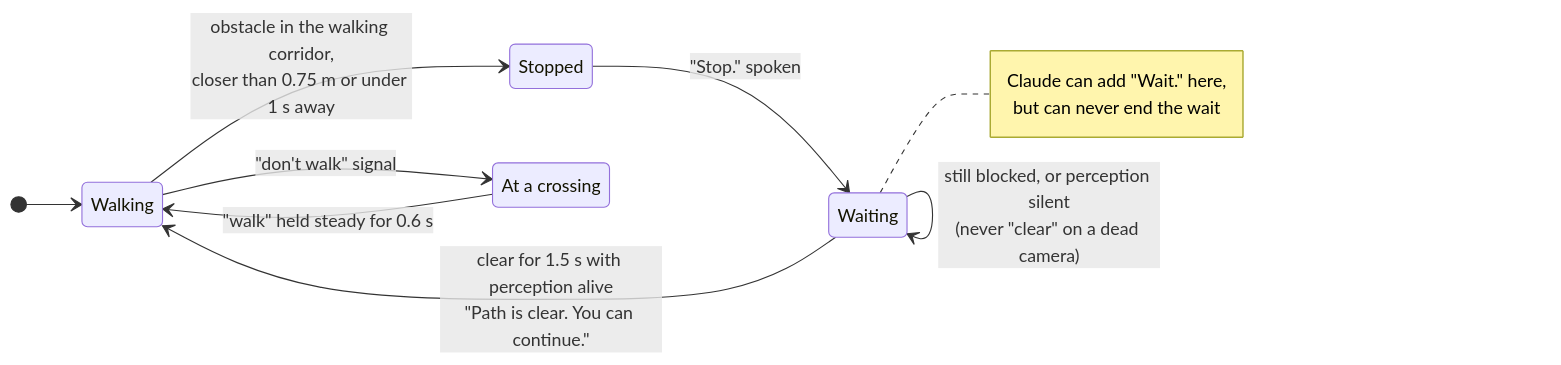
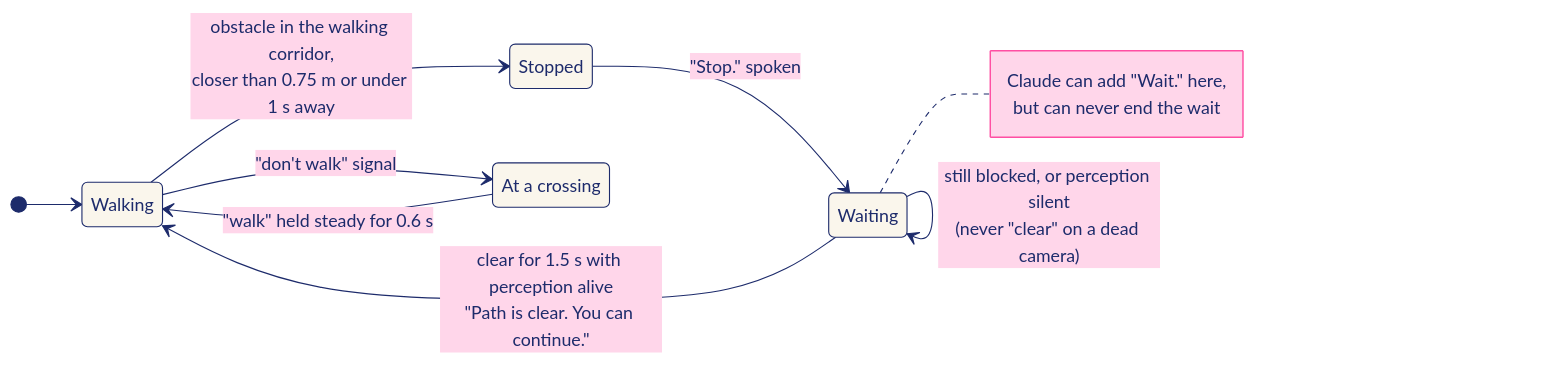
The third of 5 diagrams in README.md (KingArthur207/kite), drawn with Mermaid before and after one commit. The commit also changed other lines of this file and 9 other files, not shown here.

````diff
--- a/README.md
+++ b/README.md
@@ -183,16 +185,17 @@
 ```mermaid
+%%{init: {'theme':'base','themeVariables':{'primaryColor':'#FAF6EC','primaryTextColor':'#1D2B6B','primaryBorderColor':'#1D2B6B','lineColor':'#1D2B6B','secondaryColor':'#FFD6EA','tertiaryColor':'#F4EFE3','clusterBkg':'#FBF8F1','clusterBorder':'#1D2B6B','edgeLabelBackground':'#FFD6EA','actorBkg':'#FAF6EC','actorBorder':'#1D2B6B','actorTextColor':'#1D2B6B','signalColor':'#1D2B6B','signalTextColor':'#1D2B6B','noteBkgColor':'#FFD6EA','noteBorderColor':'#FF4FA3','noteTextColor':'#1D2B6B','labelBoxBkgColor':'#FFD6EA','labelBoxBorderColor':'#FF4FA3','sequenceNumberColor':'#FFFFFF','activationBkgColor':'#FFD6EA'}}}%%
 stateDiagram-v2
   direction LR
   [*] --> Walking
   Walking --> Stopped: obstacle in the walking corridor,<br/>closer than 0.75 m or under 1 s away
   Stopped --> Waiting: "Stop." spoken
   Waiting --> Waiting: still blocked, or perception silent<br/>(never "clear" on a dead camera)
   Waiting --> Walking: clear for 1.5 s with perception alive<br/>"Path is clear. You can continue."
   state "At a crossing" as Crossing
   Walking --> Crossing: "don't walk" signal
   Crossing --> Walking: "walk" held steady for 0.6 s
   note right of Waiting
     Claude can add "Wait." here,
     but can never end the wait
   end note
 ```
````
